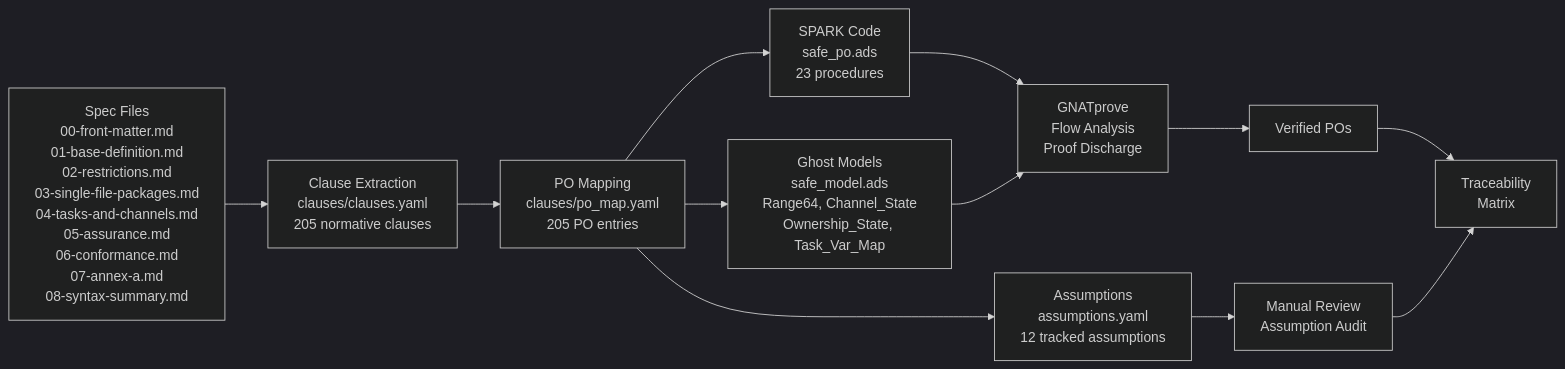
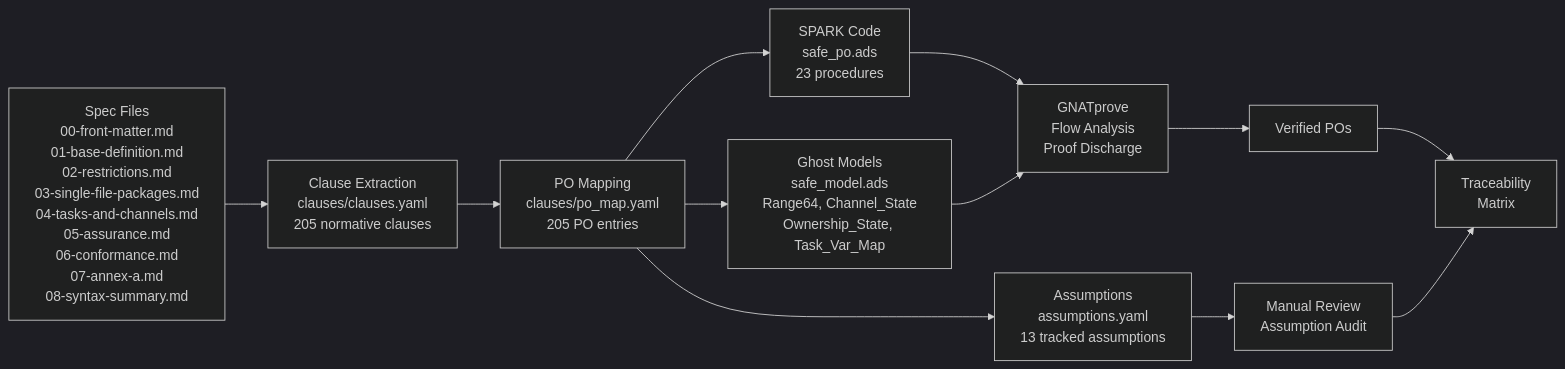
The first of 2 diagrams in docs/traceability_matrix.md (agentc1/safe), drawn with Mermaid (dark theme) before and after one commit. The commit also changed other lines of this file and 8 other files, not shown here.

````diff
--- a/docs/traceability_matrix.md
+++ b/docs/traceability_matrix.md
@@ -615,14 +615,14 @@
 ```mermaid
 flowchart LR
     A["Spec Files<br/>00-front-matter.md<br/>01-base-definition.md<br/>02-restrictions.md<br/>03-single-file-packages.md<br/>04-tasks-and-channels.md<br/>05-assurance.md<br/>06-conformance.md<br/>07-annex-a.md<br/>08-syntax-summary.md"] --> B["Clause Extraction<br/>clauses/clauses.yaml<br/>205 normative clauses"]
     B --> C["PO Mapping<br/>clauses/po_map.yaml<br/>205 PO entries"]
     C --> D["SPARK Code<br/>safe_po.ads<br/>23 procedures"]
     C --> E["Ghost Models<br/>safe_model.ads<br/>Range64, Channel_State<br/>Ownership_State, Task_Var_Map"]
     D --> F["GNATprove<br/>Flow Analysis<br/>Proof Discharge"]
     E --> F
     F --> G["Verified POs"]
-    C --> H["Assumptions<br/>assumptions.yaml<br/>12 tracked assumptions"]
+    C --> H["Assumptions<br/>assumptions.yaml<br/>13 tracked assumptions"]
     H --> I["Manual Review<br/>Assumption Audit"]
     G --> J["Traceability<br/>Matrix"]
     I --> J
 ```
````
